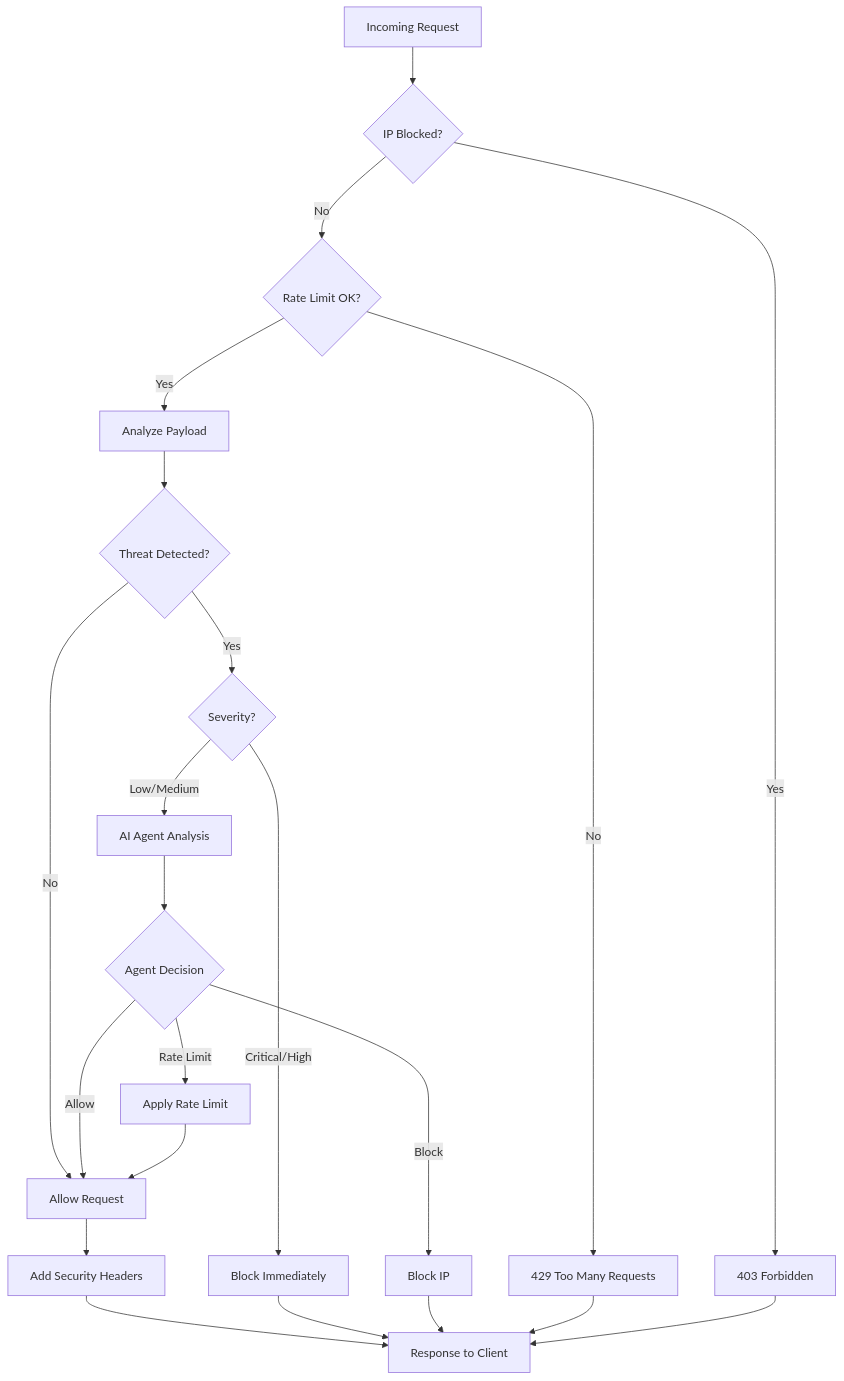
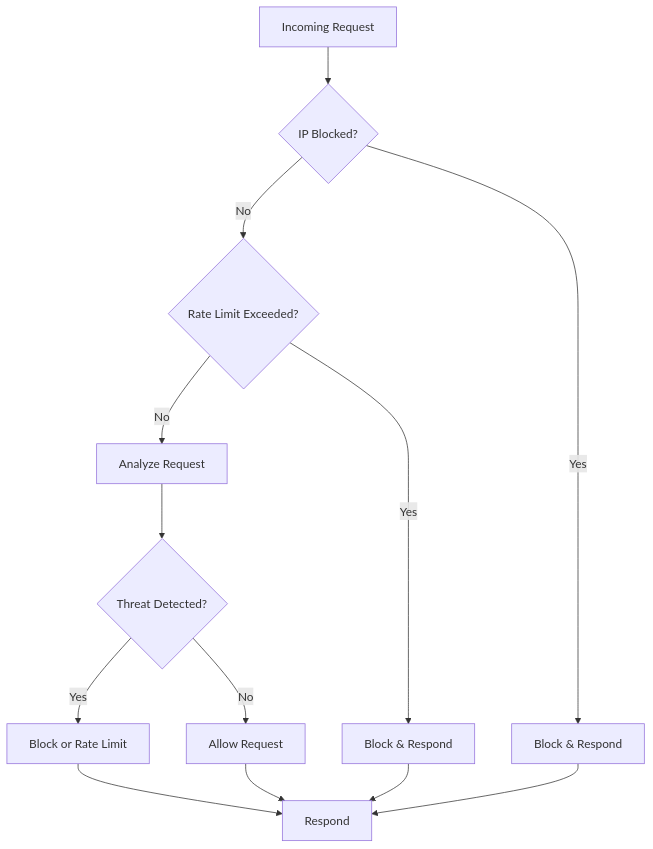
The diagram in README.md (The-Swarm-Corporation/Blackwall), drawn with Mermaid before and after one commit. The commit also changed other lines of this file, not shown here.

````diff
--- a/README.md
+++ b/README.md
@@ -11,24 +11,15 @@
 ```mermaid
 flowchart TD
     A[Incoming Request] --> B{IP Blocked?}
-    B -->|Yes| C[403 Forbidden]
-    B -->|No| D{Rate Limit OK?}
-    D -->|No| E[429 Too Many Requests]
-    D -->|Yes| F[Analyze Payload]
+    B -->|Yes| C[Block & Respond]
+    B -->|No| D{Rate Limit Exceeded?}
+    D -->|Yes| E[Block & Respond]
+    D -->|No| F[Analyze Request]
     F --> G{Threat Detected?}
-    G -->|No| H[Allow Request]
-    G -->|Yes| I{Severity?}
-    I -->|Critical/High| J[Block Immediately]
-    I -->|Low/Medium| K[AI Agent Analysis]
-    K --> L{Agent Decision}
-    L -->|Block| M[Block IP]
-    L -->|Allow| H
-    L -->|Rate Limit| N[Apply Rate Limit]
-    H --> O[Add Security Headers]
-    O --> P[Response to Client]
-    J --> P
-    M --> P
-    N --> H
-    E --> P
-    C --> P
+    G -->|Yes| H[Block or Rate Limit]
+    G -->|No| I[Allow Request]
+    H --> J[Respond]
+    I --> J
+    E --> J
+    C --> J
 ```
````
